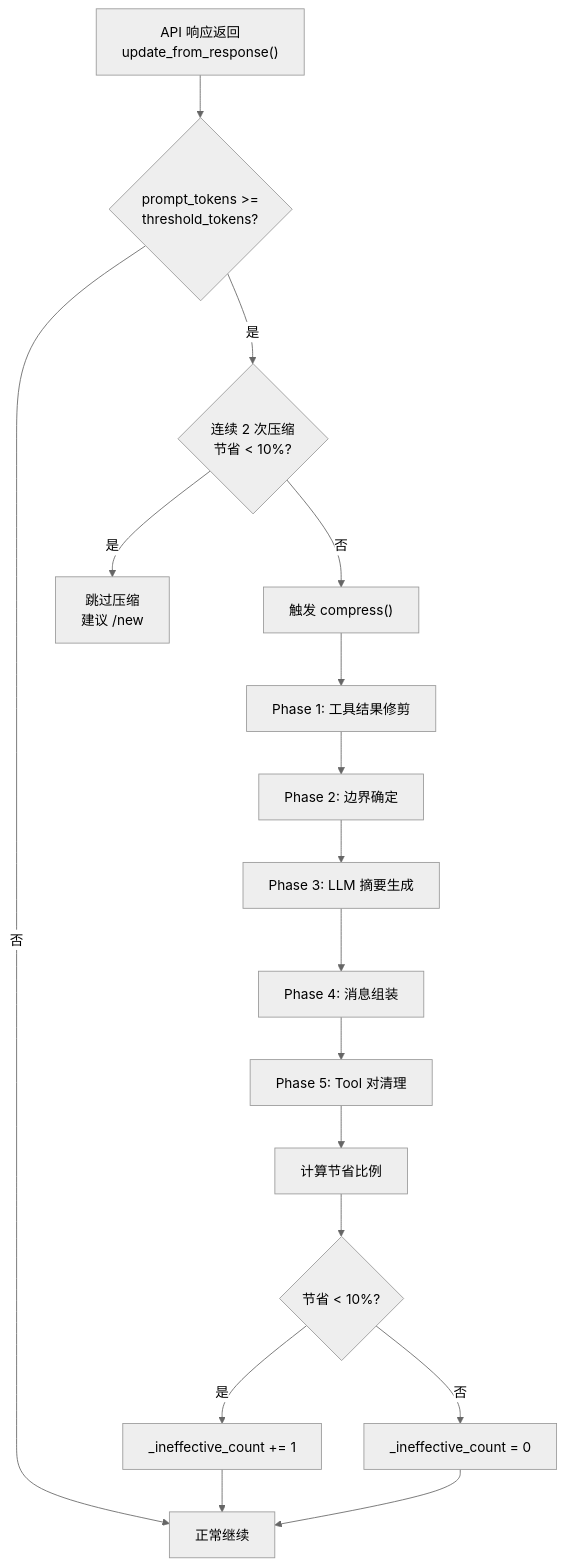
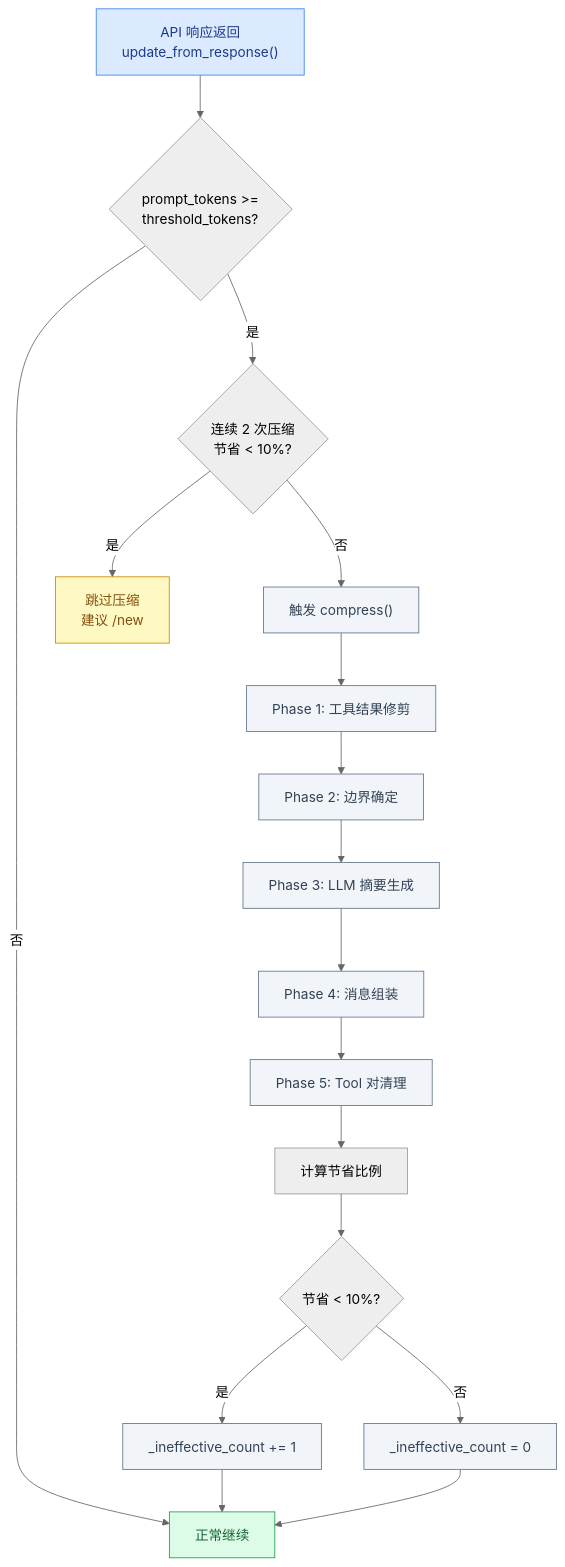
One commit to pty819/hermes-docs changed the first of 5 diagrams in chapters/context-compression.rst. Above: the diagram before and after it, drawn with Mermaid (neutral theme). The commit also changed other lines of this file and 27 other files, not shown here.

```diff
--- a/chapters/context-compression.rst
+++ b/chapters/context-compression.rst
@@ -249,19 +249,34 @@
 .. mermaid::
+   :name: fig-compression-trigger
+   :caption: 上下文压缩触发决策流程
 
    flowchart TD
        A["API 响应返回<br/>update_from_response()"] --> B{"prompt_tokens >=<br/>threshold_tokens?"}
        B -- 否 --> Z["正常继续"]
        B -- 是 --> C{"连续 2 次压缩<br/>节省 < 10%?"}
        C -- 是 --> D["跳过压缩<br/>建议 /new"]
        C -- 否 --> E["触发 compress()"]
        E --> F["Phase 1: 工具结果修剪"]
        F --> G["Phase 2: 边界确定"]
        G --> H["Phase 3: LLM 摘要生成"]
        H --> I["Phase 4: 消息组装"]
        I --> J["Phase 5: Tool 对清理"]
        J --> K["计算节省比例"]
        K --> L{"节省 < 10%?"}
        L -- 是 --> M["_ineffective_count += 1"]
        L -- 否 --> N["_ineffective_count = 0"]
        M --> Z
        N --> Z
+
+       class A start
+       class Z success
+       class D warn
+       class E info
+       class F,G,H,I,J info
+       class M,N info
+
+       classDef start fill:#dbeafe,stroke:#3b82f6,color:#1e3a8a
+       classDef success fill:#dcfce7,stroke:#16a34a,color:#166534
+       classDef warn fill:#fef9c3,stroke:#ca8a04,color:#854d0e
+       classDef fail fill:#fee2e2,stroke:#dc2626,color:#991b1b
+       classDef info fill:#f1f5f9,stroke:#64748b,color:#334155
```
